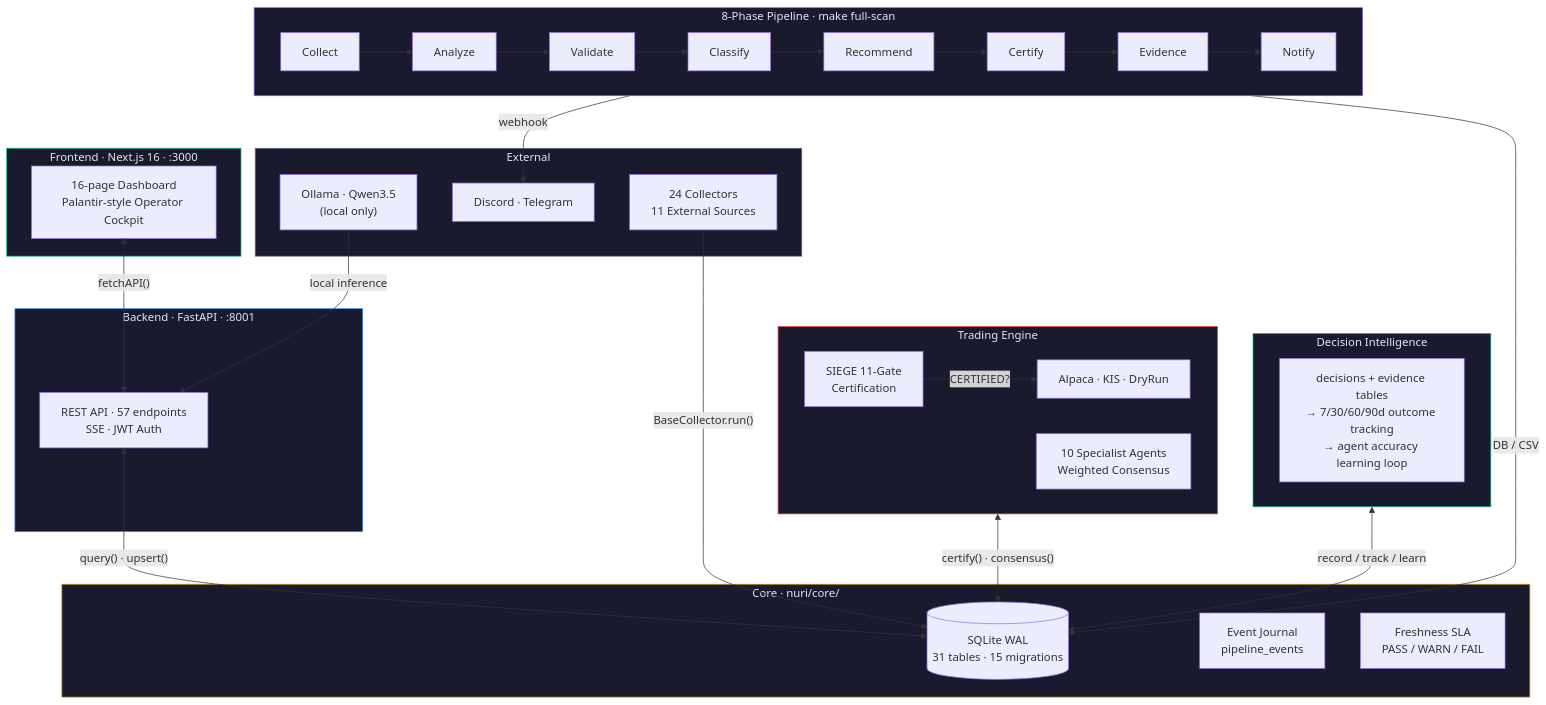
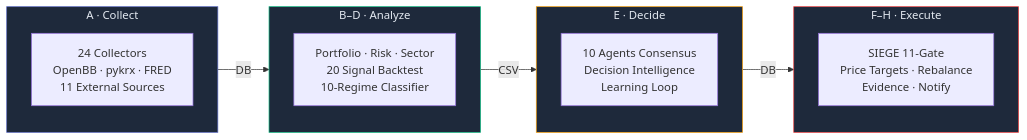
One commit to researcherhojin/nuri-quant changed the diagram in README.md. Above: the diagram before and after it, drawn with Mermaid. The commit also changed other lines of this file, not shown here.

````diff
--- a/README.md
+++ b/README.md
@@ -62,57 +17,22 @@
 ```mermaid
-graph TB
-    subgraph Frontend ["Frontend · Next.js 16 · :3000"]
-        UI["16-page Dashboard<br/>Palantir-style Operator Cockpit"]
+graph LR
+    subgraph Collect ["A · Collect"]
+        D1["24 Collectors<br/>OpenBB · pykrx · FRED<br/>11 External Sources"]
+    end
+    subgraph Analyze ["B–D · Analyze"]
+        D2["Portfolio · Risk · Sector<br/>20 Signal Backtest<br/>10-Regime Classifier"]
+    end
+    subgraph Decide ["E · Decide"]
+        D3["10 Agents Consensus<br/>Decision Intelligence<br/>Learning Loop"]
+    end
+    subgraph Execute ["F–H · Execute"]
+        D4["SIEGE 11-Gate<br/>Price Targets · Rebalance<br/>Evidence · Notify"]
     end
 
-    subgraph Backend ["Backend · FastAPI · :8001"]
-        API["REST API · 57 endpoints<br/>SSE · JWT Auth"]
-    end
+    Collect -->|"DB"| Analyze -->|"CSV"| Decide -->|"DB"| Execute
 
-    subgraph Core ["Core · nuri/core/"]
-        DB[("SQLite WAL<br/>31 tables · 15 migrations")]
-        Events["Event Journal<br/>pipeline_events"]
-        Fresh["Freshness SLA<br/>PASS / WARN / FAIL"]
-    end
-
-    subgraph Pipeline ["8-Phase Pipeline · make full-scan"]
-        direction LR
-        P1["Collect"] --> P2["Analyze"] --> P3["Validate"]
-        P3 --> P4["Classify"] --> P5["Recommend"] --> P6["Certify"]
-        P6 --> P7["Evidence"] --> P8["Notify"]
-    end
-
-    subgraph Intelligence ["Decision Intelligence"]
-        DI["decisions + evidence tables<br/>→ 7/30/60/90d outcome tracking<br/>→ agent accuracy learning loop"]
-    end
-
-    subgraph Trading ["Trading Engine"]
-        SIEGE["SIEGE 11-Gate<br/>Certification"]
-        Agents["10 Specialist Agents<br/>Weighted Consensus"]
-        Brokers["Alpaca · KIS · DryRun"]
-    end
-
-    subgraph External ["External"]
-        LLM["Ollama · Qwen3.5<br/>(local only)"]
-        Notify["Discord · Telegram"]
-        Data["24 Collectors<br/>11 External Sources"]
-    end
-
-    UI <-->|"fetchAPI()"| API
-    API <-->|"query() · upsert()"| DB
-    Pipeline -->|"DB / CSV"| DB
-    Data -->|"BaseCollector.run()"| DB
-    Trading <-->|"certify() · consensus()"| DB
-    Intelligence <-->|"record / track / learn"| DB
-    SIEGE -->|"CERTIFIED?"| Brokers
-    LLM -->|"local inference"| API
-    P8 -->|"webhook"| Notify
-
-    style Frontend fill:#1a1a2e,stroke:#10b981,color:#e2e8f0
-    style Backend fill:#1a1a2e,stroke:#3b82f6,color:#e2e8f0
-    style Core fill:#1a1a2e,stroke:#f59e0b,color:#e2e8f0
-    style Pipeline fill:#1a1a2e,stroke:#8b5cf6,color:#e2e8f0
-    style Intelligence fill:#1a1a2e,stroke:#10b981,color:#e2e8f0
-    style Trading fill:#1a1a2e,stroke:#ef4444,color:#e2e8f0
-    style External fill:#1a1a2e,stroke:#6b7280,color:#e2e8f0
+    style Collect fill:#1e293b,stroke:#5c6bc0,color:#e2e8f0
+    style Analyze fill:#1e293b,stroke:#10b981,color:#e2e8f0
+    style Decide fill:#1e293b,stroke:#f59e0b,color:#e2e8f0
+    style Execute fill:#1e293b,stroke:#ef4444,color:#e2e8f0
 ```
````
